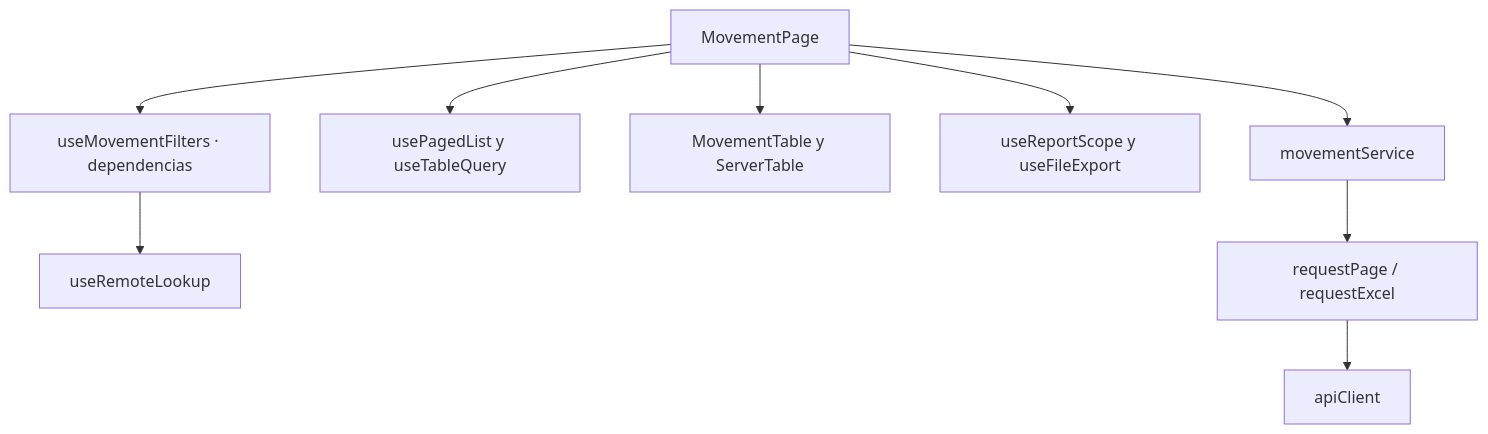
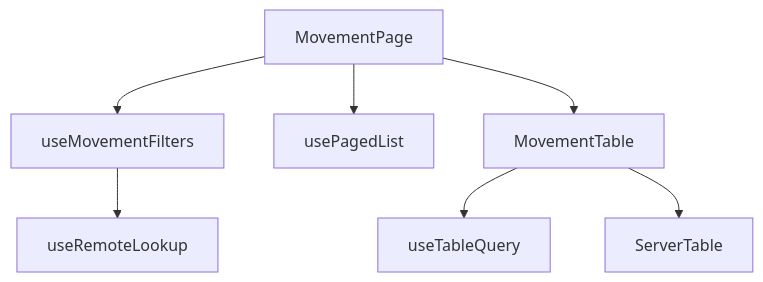
One commit to gpgsistemas01/nexus changed the first of 2 diagrams in front/docs/architecture/views/logical/components/05-movements.md. Above: the diagram before and after it, drawn with Mermaid. The commit also changed other lines of this file and 158 other files, not shown here.

````diff
--- a/front/docs/architecture/views/logical/components/05-movements.md
+++ b/front/docs/architecture/views/logical/components/05-movements.md
@@ -9,11 +7,16 @@
 ```mermaid
 flowchart TB
-    page["MovementPage"] --> filters["useMovementFilters · dependencias"]
-    page --> list["usePagedList y useTableQuery"]
-    page --> table["MovementTable y ServerTable"]
-    page --> report["useReportScope y useFileExport"]
-    filters --> lookups["useRemoteLookup"]
-    page --> service["movementService"]
-    service --> transport["requestPage / requestExcel"]
-    transport --> http["apiClient"]
+    page["MovementPage"]
+    filters["useMovementFilters"]
+    list["usePagedList"]
+    table["MovementTable"]
+    query["useTableQuery"]
+    server["ServerTable"]
+    lookup["useRemoteLookup"]
+    page --> filters
+    page --> list
+    page --> table
+    filters --> lookup
+    table --> query
+    table --> server
 ```
````
